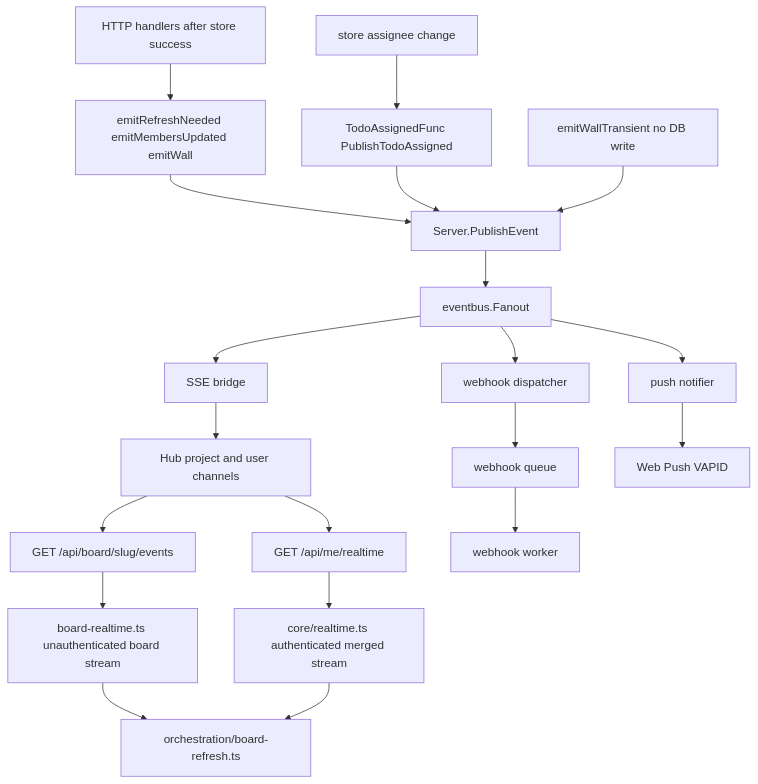
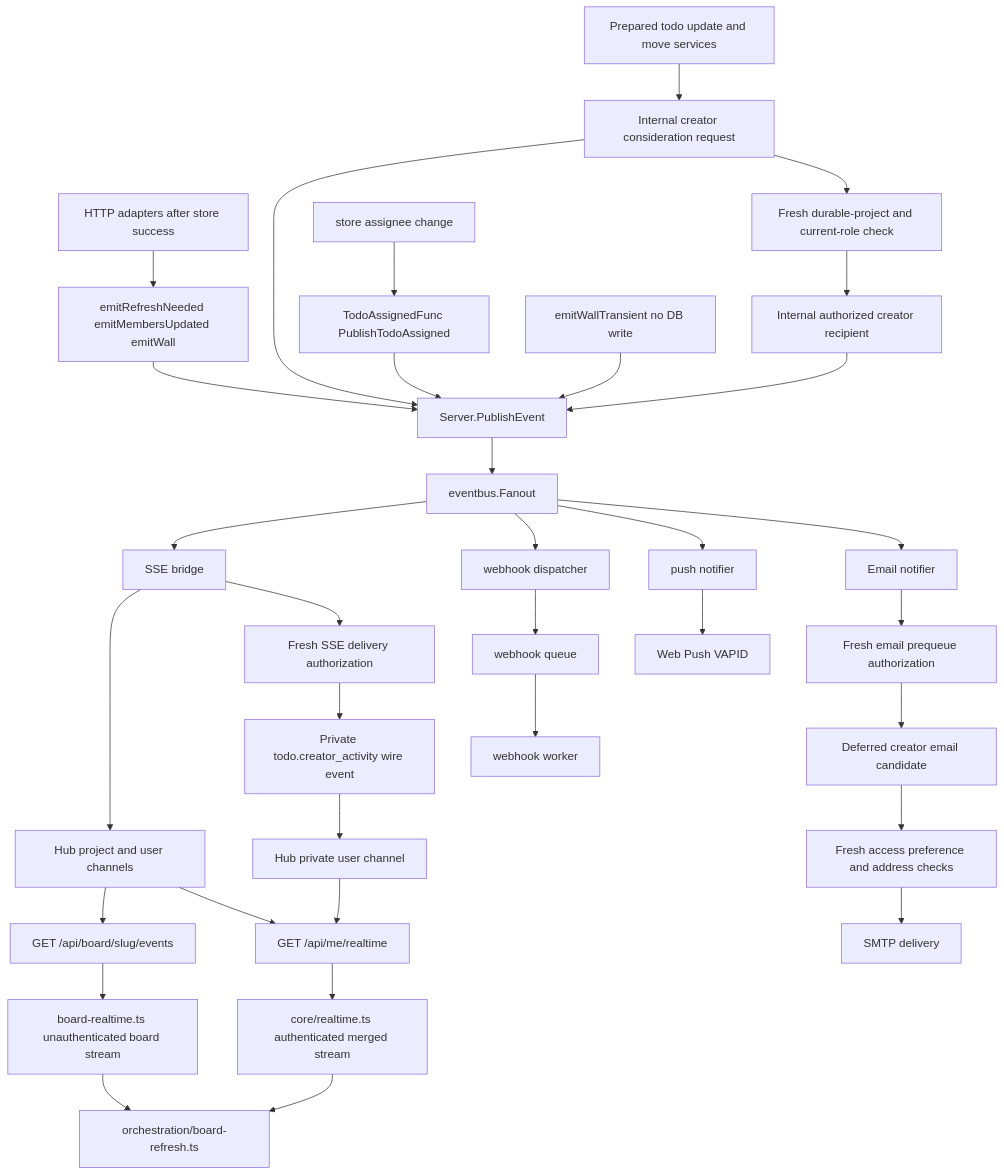
Before and after one commit to 1269/scrumboy: the diagram in docs/diagrams/scrumboy_realtime_events.md, drawn with Mermaid. The commit also changed other lines of this file and 148 other files, not shown here.

````diff
--- a/docs/diagrams/scrumboy_realtime_events.md
+++ b/docs/diagrams/scrumboy_realtime_events.md
@@ -5,32 +11,48 @@
 ```mermaid
 flowchart TB
-  Handler[HTTP handlers after store success]
+  Handler[HTTP adapters after store success]
+  Prepared[Prepared todo update and move services]
+  CreatorRequest[Internal creator consideration request]
+  CreatorAuth[Fresh durable-project and current-role check]
+  AuthorizedCreator[Internal authorized creator recipient]
+  SSEReauth[Fresh SSE delivery authorization]
+  CreatorWire[Private todo.creator_activity wire event]
+  CreatorMailCandidate[Deferred creator email candidate]
+  EmailPrequeueAuth[Fresh email prequeue authorization]
+  EmailReauth[Fresh access preference and address checks]
+  SMTP[SMTP delivery]
   Emit["emitRefreshNeeded emitMembersUpdated emitWall"]
   Pub[Server.PublishEvent]
   Fan[eventbus.Fanout]
 
   Handler --> Emit --> Pub --> Fan
+  Prepared --> CreatorRequest --> Pub
+  CreatorRequest --> CreatorAuth --> AuthorizedCreator --> Pub
 
   AssignStore[store assignee change]
   CB["TodoAssignedFunc PublishTodoAssigned"]
   AssignStore --> CB --> Pub
 
   Transient["emitWallTransient no DB write"]
   Transient --> Pub
 
   Fan --> Bridge[SSE bridge]
   Fan --> WHDisp[webhook dispatcher]
   Fan --> PushN[push notifier]
 
   Bridge --> Hub[Hub project and user channels]
+  Bridge --> SSEReauth --> CreatorWire --> CreatorUserHub[Hub private user channel]
+  Fan --> EmailN[Email notifier]
+  EmailN --> EmailPrequeueAuth --> CreatorMailCandidate --> EmailReauth --> SMTP
   Hub --> BoardSSE["GET /api/board/slug/events"]
   Hub --> UserSSE["GET /api/me/realtime"]
+  CreatorUserHub --> UserSSE
   BoardSSE --> BoardClient[board-realtime.ts unauthenticated board stream]
   UserSSE --> LoggedClient[core/realtime.ts authenticated merged stream]
   BoardClient --> Refresh[orchestration/board-refresh.ts]
   LoggedClient --> Refresh
 
   WHDisp --> Queue[webhook queue]
   Queue --> Worker[webhook worker]
   PushN --> VAPID[Web Push VAPID]
 ```
````
